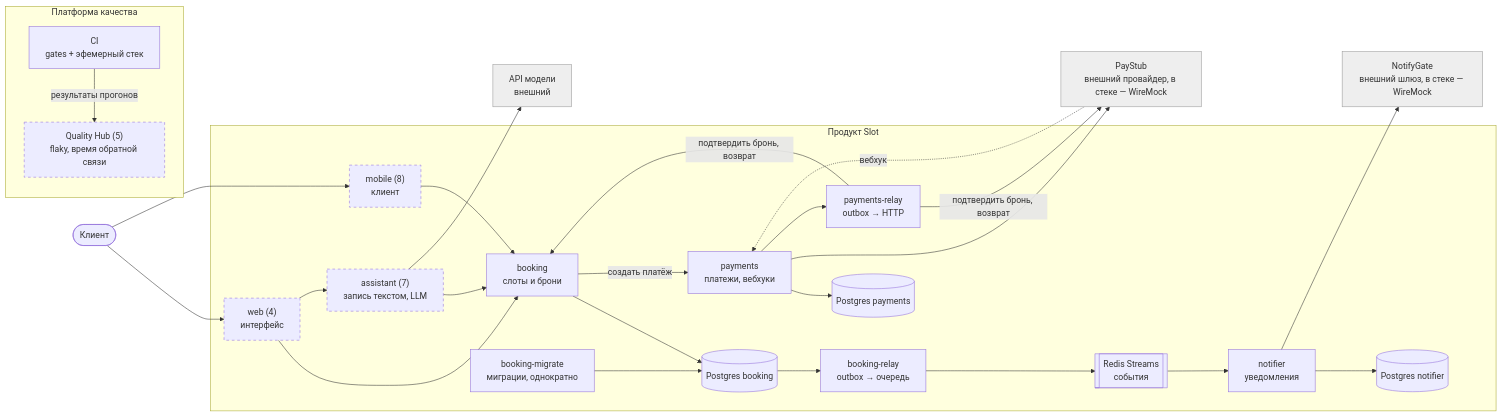
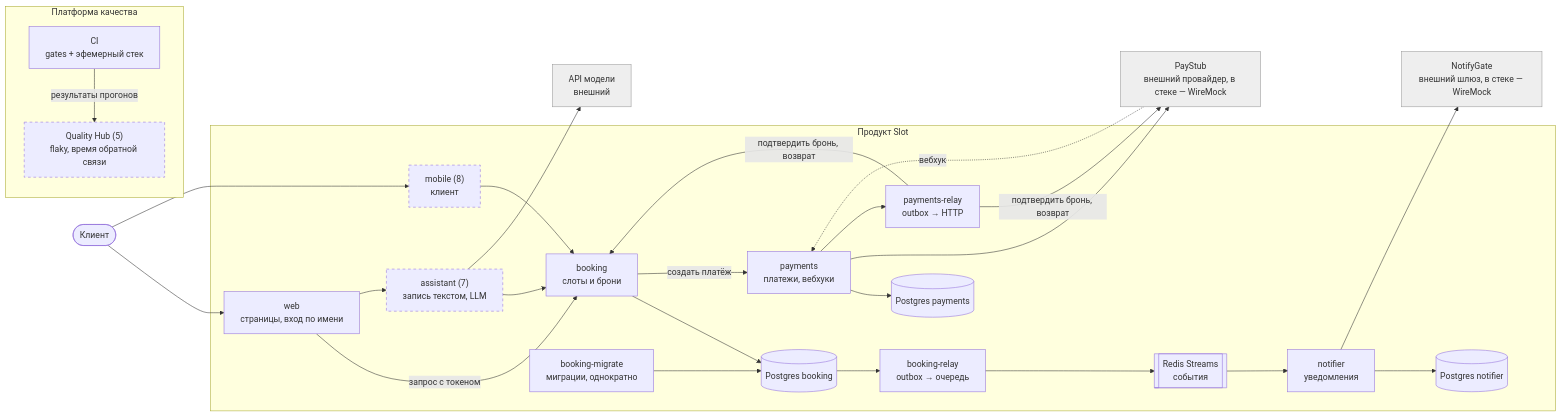
One commit to RuslanSR-dev/slot changed the diagram in docs/architecture.md. Above: the diagram before and after it, drawn with Mermaid. The commit also changed other lines of this file and 4 other files, not shown here.

First line of the commit message:
Iteration 4 in the documents: the e2e level, the rules, the diagram

````diff
--- a/docs/architecture.md
+++ b/docs/architecture.md
@@ -9,50 +9,51 @@
 ```mermaid
 flowchart LR
     client([Клиент])
 
     subgraph product[Продукт Slot]
-        web["web (4)<br/>интерфейс"]:::planned
+        web["web<br/>страницы, вход по имени"]
         mobile["mobile (8)<br/>клиент"]:::planned
         booking["booking<br/>слоты и брони"]
         payments["payments<br/>платежи, вебхуки"]
         pdb[("Postgres payments")]
         notifier["notifier<br/>уведомления"]
         assistant["assistant (7)<br/>запись текстом, LLM"]:::planned
         migrate["booking-migrate<br/>миграции, однократно"]
         db[("Postgres booking")]
         ndb[("Postgres notifier")]
         brelay["booking-relay<br/>outbox → очередь"]
         prelay["payments-relay<br/>outbox → HTTP"]
         queue[["Redis Streams<br/>события"]]
     end
 
     provider["PayStub<br/>внешний провайдер, в стеке — WireMock"]:::external
     llm["API модели<br/>внешний"]:::external
     gateway["NotifyGate<br/>внешний шлюз, в стеке — WireMock"]:::external
 
     subgraph platform[Платформа качества]
         ci["CI<br/>gates + эфемерный стек"]
         hub["Quality Hub (5)<br/>flaky, время обратной связи"]:::planned
     end
 
     client --> web & mobile
-    web & mobile --> booking
+    web -- запрос с токеном --> booking
+    mobile --> booking
     web --> assistant
     assistant --> booking
     assistant --> llm
     booking --> db
     migrate --> db
     booking -- создать платёж --> payments
     payments --> pdb
     payments --> provider
     provider -. вебхук .-> payments
     payments --> prelay
     prelay -- подтвердить бронь, возврат --> booking & provider
     db --> brelay --> queue --> notifier
     notifier --> ndb
     notifier --> gateway
     ci -- результаты прогонов --> hub
 
     classDef planned stroke-dasharray: 5 5
     classDef external fill:#eee,stroke:#999,color:#333
 ```
````
